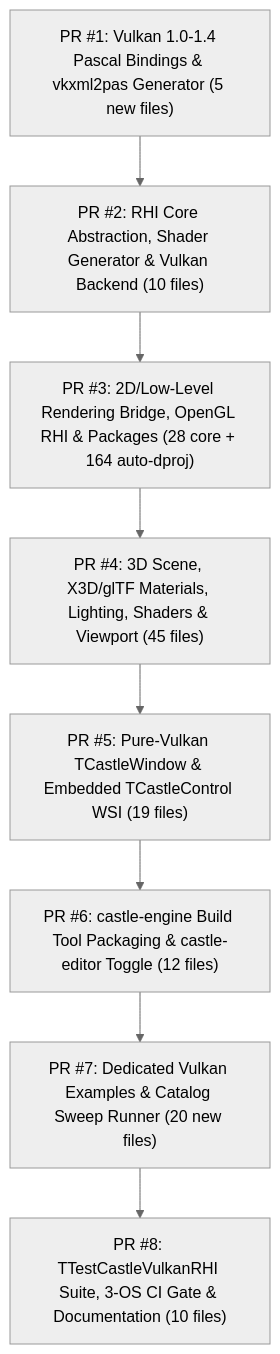
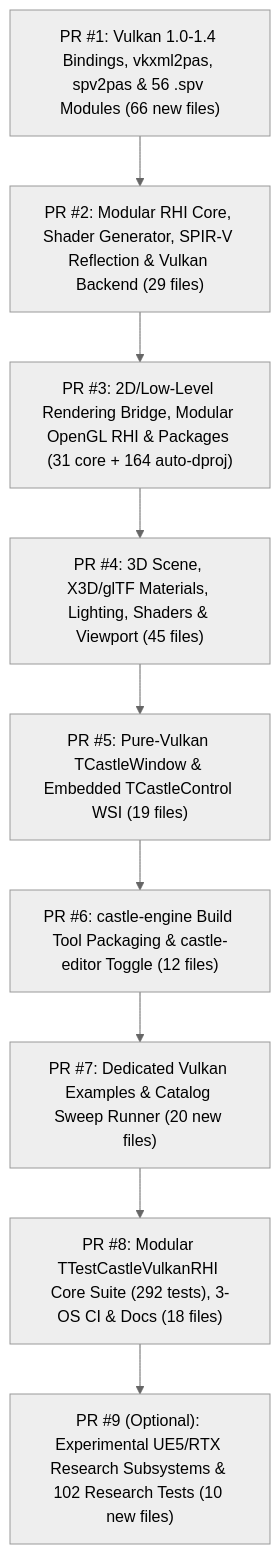
The diagram in doc/vulkan_upstream_pr_guide.md (mariuz/castle-engine), drawn with Mermaid (neutral theme) before and after one commit. The commit also changed other lines of this file and 24 other files, not shown here.

Commit message:
Split testcastlevulkanrhi into modular core/experimental units and isolate optional PR Slice 9

````diff
--- a/doc/vulkan_upstream_pr_guide.md
+++ b/doc/vulkan_upstream_pr_guide.md
@@ -24,13 +25,14 @@
 ```mermaid
 flowchart TD
-  S1["PR #1: Vulkan 1.0-1.4 Pascal Bindings & vkxml2pas Generator (5 new files)"]
-  S2["PR #2: RHI Core Abstraction, Shader Generator & Vulkan Backend (10 files)"]
-  S3["PR #3: 2D/Low-Level Rendering Bridge, OpenGL RHI & Packages (28 core + 164 auto-dproj)"]
+  S1["PR #1: Vulkan 1.0-1.4 Bindings, vkxml2pas, spv2pas & 56 .spv Modules (66 new files)"]
+  S2["PR #2: Modular RHI Core, Shader Generator, SPIR-V Reflection & Vulkan Backend (29 files)"]
+  S3["PR #3: 2D/Low-Level Rendering Bridge, Modular OpenGL RHI & Packages (31 core + 164 auto-dproj)"]
   S4["PR #4: 3D Scene, X3D/glTF Materials, Lighting, Shaders & Viewport (45 files)"]
   S5["PR #5: Pure-Vulkan TCastleWindow & Embedded TCastleControl WSI (19 files)"]
   S6["PR #6: castle-engine Build Tool Packaging & castle-editor Toggle (12 files)"]
   S7["PR #7: Dedicated Vulkan Examples & Catalog Sweep Runner (20 new files)"]
-  S8["PR #8: TTestCastleVulkanRHI Suite, 3-OS CI Gate & Documentation (10 files)"]
+  S8["PR #8: Modular TTestCastleVulkanRHI Core Suite (292 tests), 3-OS CI & Docs (18 files)"]
+  S9["PR #9 (Optional): Experimental UE5/RTX Research Subsystems & 102 Research Tests (10 new files)"]
 
-  S1 --> S2 --> S3 --> S4 --> S5 --> S6 --> S7 --> S8
+  S1 --> S2 --> S3 --> S4 --> S5 --> S6 --> S7 --> S8 --> S9
 ```
````
